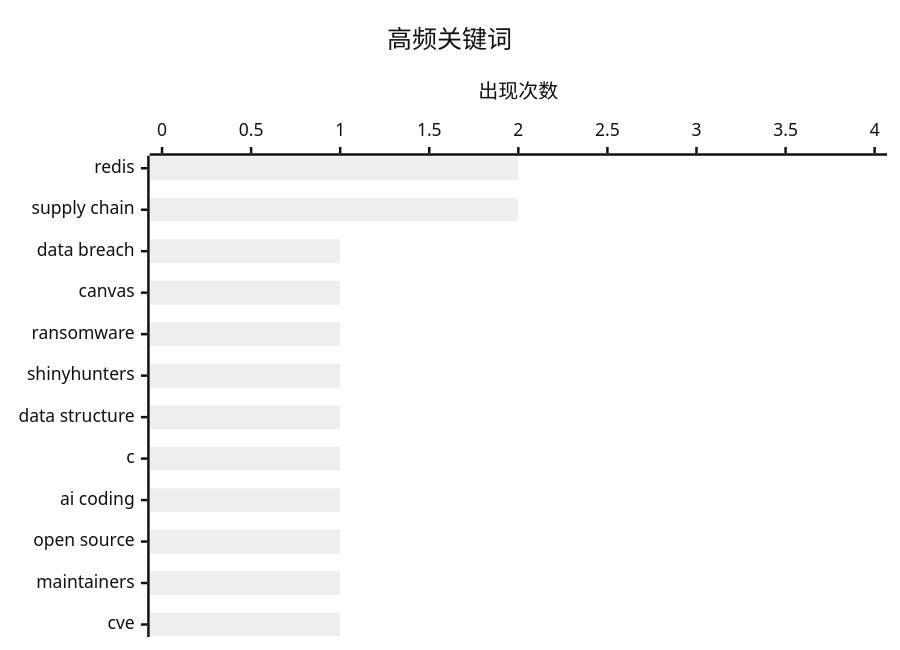
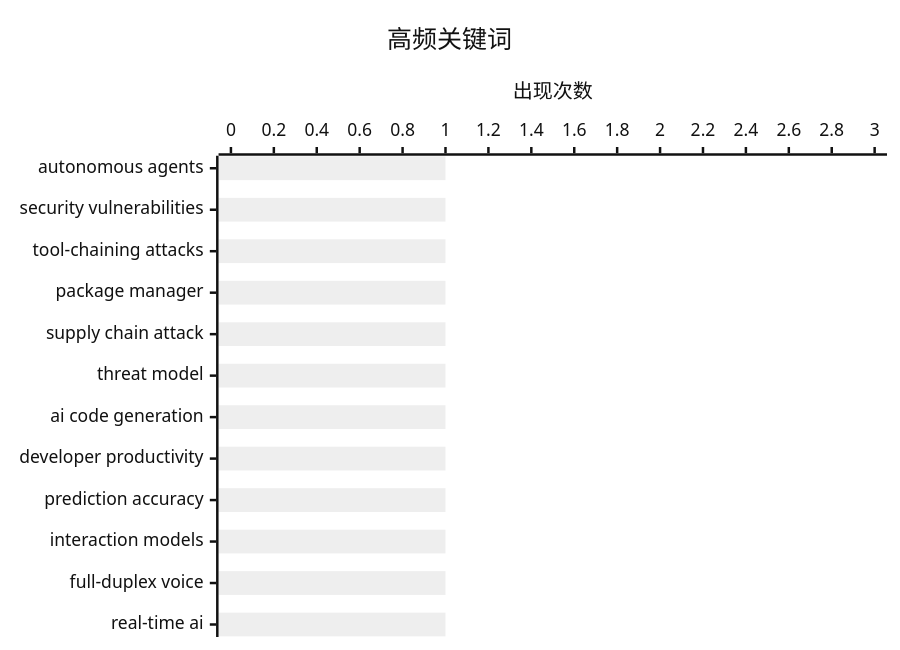
One commit to originem0/SZBlog changed the second of 2 diagrams in content/ai-daily/2026-04-26.md. Above: the diagram before and after it, drawn with Mermaid (neutral theme). The commit also changed other lines of this file, not shown here.

````diff
--- a/content/ai-daily/2026-04-26.md
+++ b/content/ai-daily/2026-04-26.md
@@ -60,7 +70,7 @@
 ```mermaid
 xychart-beta horizontal
     title "高频关键词"
-    x-axis ["redis", "supply chain", "data breach", "canvas", "ransomware", "shinyhunters", "data structure", "c", "ai coding", "open source", "maintainers", "cve"]
-    y-axis "出现次数" 0 --> 4
-    bar [2, 2, 1, 1, 1, 1, 1, 1, 1, 1, 1, 1]
+    x-axis ["autonomous agents", "security vulnerabilities", "tool-chaining attacks", "package manager", "supply chain attack", "threat model", "ai code generation", "developer productivity", "prediction accuracy", "interaction models", "full-duplex voice", "real-time ai"]
+    y-axis "出现次数" 0 --> 3
+    bar [1, 1, 1, 1, 1, 1, 1, 1, 1, 1, 1, 1]
 ```
````
